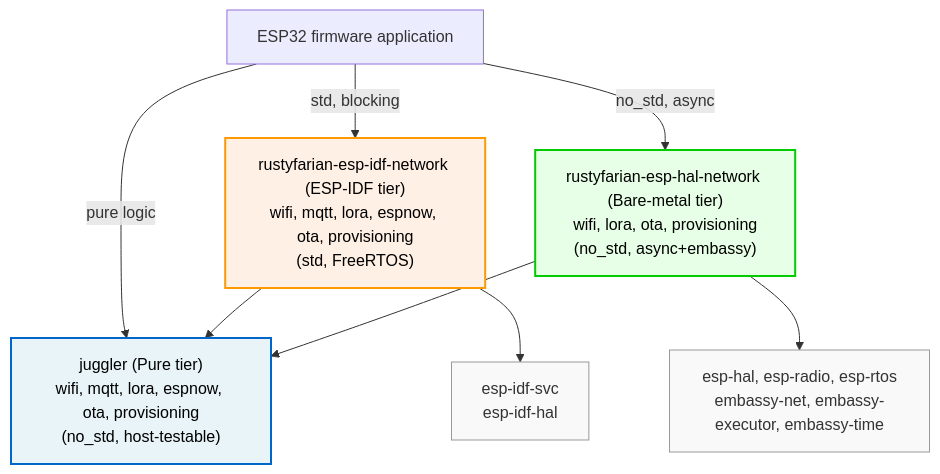
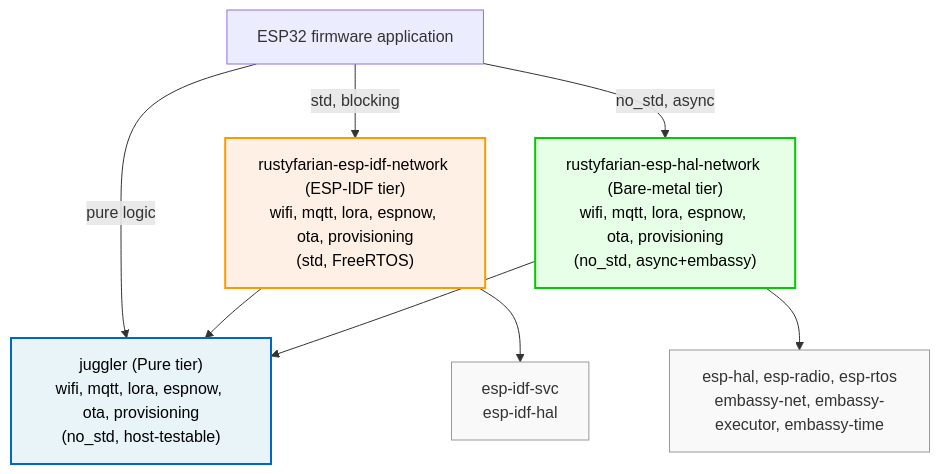
One commit to datenkollektiv/rustyfarian-network changed the diagram in README.md. Above: the diagram before and after it, drawn with Mermaid. The commit also changed other lines of this file and 22 other files, not shown here.

Commit message:
Add bare-metal ESP-NOW with a shared scan machine for both tiers

````diff
--- a/README.md
+++ b/README.md
@@ -82,34 +82,34 @@
 ```mermaid
 graph TB
     app["ESP32 firmware application"]
 
     juggler["juggler (Pure tier)<br/>wifi, mqtt, lora, espnow, ota, provisioning<br/>(no_std, host-testable)"]
 
     idfnet["rustyfarian-esp-idf-network (ESP-IDF tier)<br/>wifi, mqtt, lora, espnow, ota, provisioning<br/>(std, FreeRTOS)"]
 
-    halnet["rustyfarian-esp-hal-network (Bare-metal tier)<br/>wifi, lora, ota, provisioning<br/>(no_std, async+embassy)"]
+    halnet["rustyfarian-esp-hal-network (Bare-metal tier)<br/>wifi, mqtt, lora, espnow, ota, provisioning<br/>(no_std, async+embassy)"]
 
     espidf["esp-idf-svc<br/>esp-idf-hal"]
 
     halupstream["esp-hal, esp-radio, esp-rtos<br/>embassy-net, embassy-executor, embassy-time"]
 
     app -->|"std, blocking"| idfnet
     app -->|"no_std, async"| halnet
     app -->|"pure logic"| juggler
 
     idfnet --> juggler
     idfnet --> espidf
 
     halnet --> juggler
     halnet --> halupstream
 
     classDef pureStyle fill:#e8f4f8,stroke:#0066cc,stroke-width:2px,color:#000
     classDef idfStyle fill:#fff0e6,stroke:#ff9900,stroke-width:2px,color:#000
     classDef halStyle fill:#e6ffe6,stroke:#00cc00,stroke-width:2px,color:#000
     classDef upstreamStyle fill:#f9f9f9,stroke:#999,stroke-width:1px,color:#333
 
     class juggler pureStyle
     class idfnet idfStyle
     class halnet halStyle
     class espidf,halupstream upstreamStyle
 ```
````
